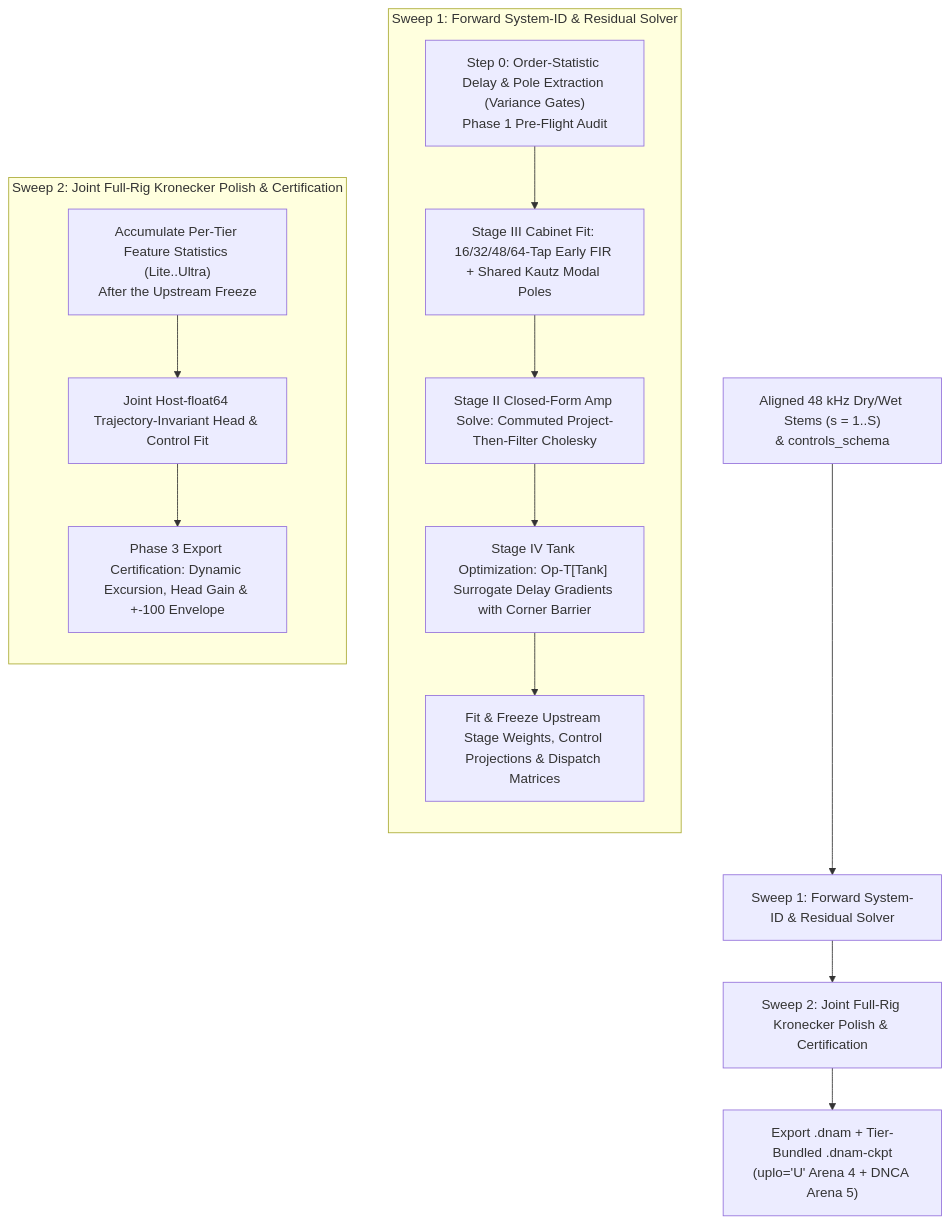
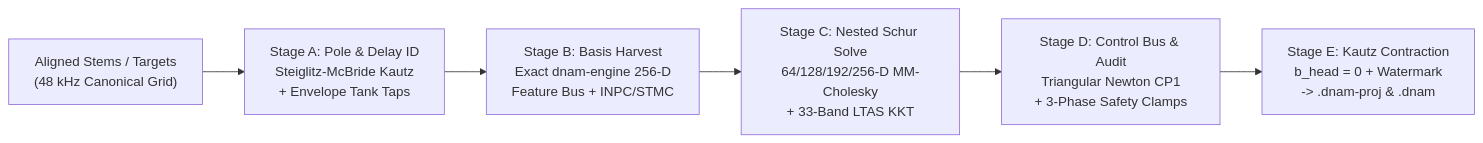
One commit to dnam-project/dnam changed the diagram in docs/specs/training/four_stage_pipeline.md. Above: the diagram before and after it, drawn with Mermaid. The commit also changed other lines of this file and 232 other files, not shown here.

````diff
--- a/docs/specs/training/four_stage_pipeline.md
+++ b/docs/specs/training/four_stage_pipeline.md
@@ -35,26 +36,8 @@
 ```mermaid
-flowchart TD
-    Stems["Aligned 48 kHz Dry/Wet Stems (s = 1..S)<br/>& controls_schema"] --> Sw1["Sweep 1: Forward System-ID & Residual Solver"]
-
-    subgraph Sw1Group ["Sweep 1: Forward System-ID & Residual Solver"]
-        direction TB
-        S1A["Step 0: Order-Statistic Delay & Pole Extraction (Variance Gates)<br/>Phase 1 Pre-Flight Audit"]
-        S1B["Stage III Cabinet Fit: 16/32/48/64-Tap Early FIR + Shared Kautz Modal Poles"]
-        S1C["Stage II Closed-Form Amp Solve: Commuted Project-Then-Filter Cholesky"]
-        S1D["Stage IV Tank Optimization: Op-T[Tank] Surrogate Delay Gradients with Corner Barrier"]
-        S1E["Fit & Freeze Upstream Stage Weights, Control Projections & Dispatch Matrices"]
-        S1A --> S1B --> S1C --> S1D --> S1E
-    end
-
-    Sw1 --> Sw2["Sweep 2: Joint Full-Rig Kronecker Polish & Certification"]
-
-    subgraph Sw2Group ["Sweep 2: Joint Full-Rig Kronecker Polish & Certification"]
-        direction TB
-        S2A["Accumulate Per-Tier Feature Statistics (Lite..Ultra)<br/>After the Upstream Freeze"]
-        S2B["Joint Host-float64 Trajectory-Invariant Head & Control Fit"]
-        S2C["Phase 3 Export Certification: Dynamic Excursion, Head Gain & +-100 Envelope"]
-        S2A --> S2B --> S2C
-    end
-
-    Sw2 --> Out["Export .dnam + Tier-Bundled .dnam-ckpt<br/>(uplo='U' Arena 4 + DNCA Arena 5)"]
+flowchart LR
+    Stems["Aligned Stems / Targets<br/>(48 kHz Canonical Grid)"] --> SA["Stage A: Pole & Delay ID<br/>Steiglitz-McBride Kautz<br/>+ Envelope Tank Taps"]
+    SA --> SB["Stage B: Basis Harvest<br/>Exact dnam-engine 256-D<br/>Feature Bus + INPC/STMC"]
+    SB --> SC["Stage C: Nested Schur Solve<br/>64/128/192/256-D MM-Cholesky<br/>+ 33-Band LTAS KKT"]
+    SC --> SD["Stage D: Control Bus & Audit<br/>Triangular Newton CP1<br/>+ 3-Phase Safety Clamps"]
+    SD --> SE["Stage E: Kautz Contraction<br/>b_head = 0 + Watermark<br/>-> .dnam-proj & .dnam"]
 ```
````
